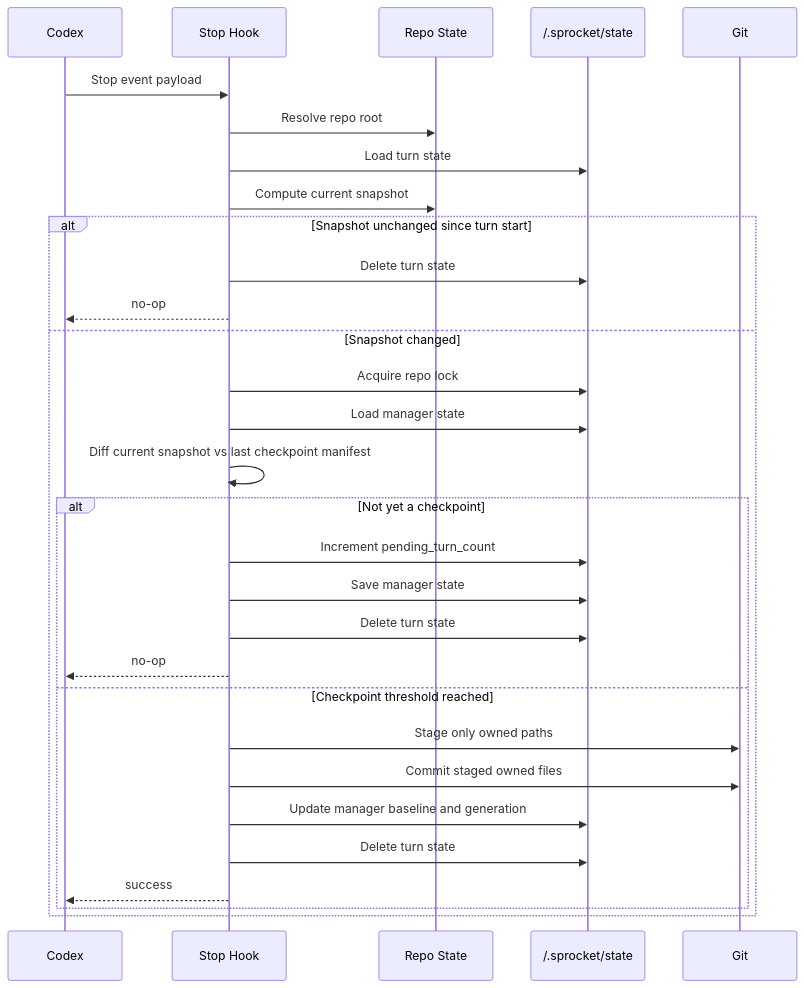
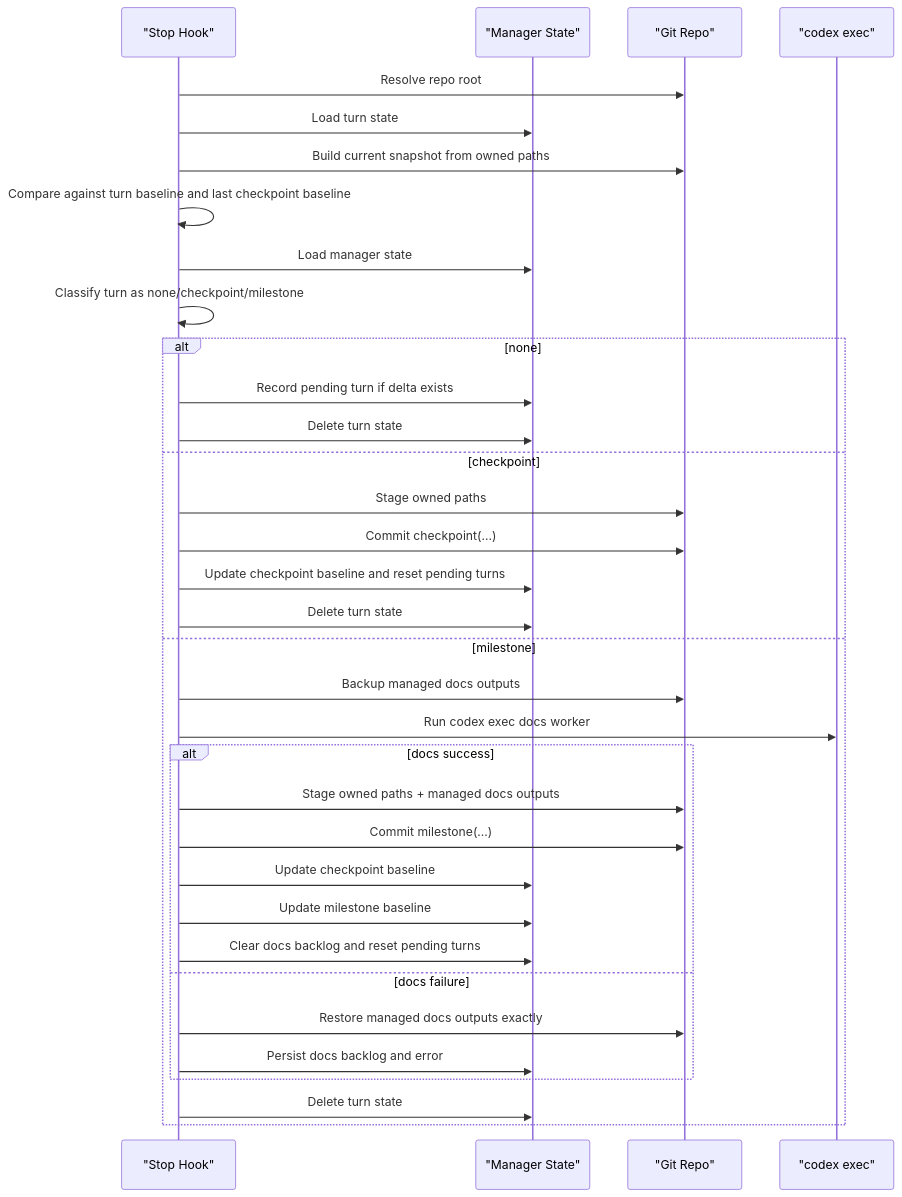
Before and after one commit to dshap474/Sprocket: the second of 2 diagrams in docs/systems/commit-system.md, drawn with Mermaid. The commit also changed other lines of this file and 6 other files, not shown here.

Commit message:
codex: add milestone docs automation

````diff
--- a/docs/systems/commit-system.md
+++ b/docs/systems/commit-system.md
@@ -375,33 +369,38 @@
 ```mermaid
 sequenceDiagram
-    participant Codex
-    participant Hook as Stop Hook
-    participant Repo as Repo State
-    participant State as /.sprocket/state
-    participant Git
+    participant Hook as "Stop Hook"
+    participant State as "Manager State"
+    participant Git as "Git Repo"
+    participant Docs as "codex exec"
 
-    Codex->>Hook: Stop event payload
-    Hook->>Repo: Resolve repo root
+    Hook->>Git: Resolve repo root
     Hook->>State: Load turn state
-    Hook->>Repo: Compute current snapshot
-    alt Snapshot unchanged since turn start
+    Hook->>Git: Build current snapshot from owned paths
+    Hook->>Hook: Compare against turn baseline and last checkpoint baseline
+    Hook->>State: Load manager state
+    Hook->>Hook: Classify turn as none/checkpoint/milestone
+
+    alt none
+        Hook->>State: Record pending turn if delta exists
         Hook->>State: Delete turn state
-        Hook-->>Codex: no-op
-    else Snapshot changed
-        Hook->>State: Acquire repo lock
-        Hook->>State: Load manager state
-        Hook->>Hook: Diff current snapshot vs last checkpoint manifest
-        alt Not yet a checkpoint
-            Hook->>State: Increment pending_turn_count
-            Hook->>State: Save manager state
-            Hook->>State: Delete turn state
-            Hook-->>Codex: no-op
-        else Checkpoint threshold reached
-            Hook->>Git: Stage only owned paths
-            Hook->>Git: Commit staged owned files
-            Hook->>State: Update manager baseline and generation
-            Hook->>State: Delete turn state
-            Hook-->>Codex: success
+    else checkpoint
+        Hook->>Git: Stage owned paths
+        Hook->>Git: Commit checkpoint(...)
+        Hook->>State: Update checkpoint baseline and reset pending turns
+        Hook->>State: Delete turn state
+    else milestone
+        Hook->>Git: Backup managed docs outputs
+        Hook->>Docs: Run codex exec docs worker
+        alt docs success
+            Hook->>Git: Stage owned paths + managed docs outputs
+            Hook->>Git: Commit milestone(...)
+            Hook->>State: Update checkpoint baseline
+            Hook->>State: Update milestone baseline
+            Hook->>State: Clear docs backlog and reset pending turns
+        else docs failure
+            Hook->>Git: Restore managed docs outputs exactly
+            Hook->>State: Persist docs backlog and error
         end
+        Hook->>State: Delete turn state
     end
 ```
````
